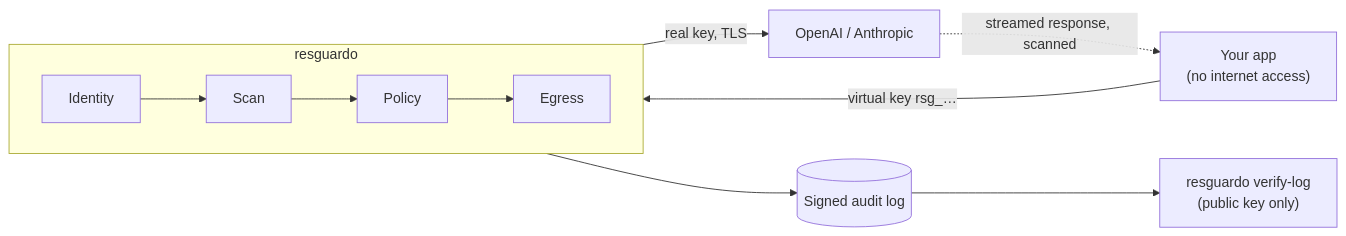
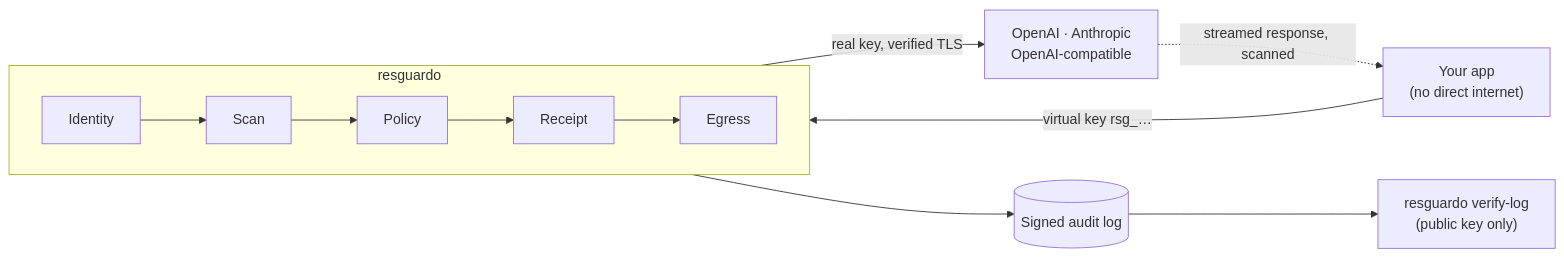
The diagram in README.md (christianivanov/resguardo), drawn with Mermaid before and after one commit. The commit also changed other lines of this file, not shown here.

Commit message:
docs: restructure README with flow, security model and progress

````diff
--- a/README.md
+++ b/README.md
@@ -24,12 +46,12 @@
 ```mermaid
 flowchart LR
-    App["Your app<br/>(no internet access)"] -- "virtual key rsg_…" --> R
+    App["Your app<br/>(no direct internet)"] -- "virtual key rsg_…" --> R
     subgraph R["resguardo"]
         direction LR
-        I[Identity] --> S[Scan] --> P[Policy] --> E[Egress]
+        I[Identity] --> S[Scan] --> P[Policy] --> A[Receipt] --> E[Egress]
     end
-    E -- "real key, TLS" --> M["OpenAI / Anthropic"]
+    E -- "real key, verified TLS" --> M["OpenAI · Anthropic<br/>OpenAI-compatible"]
     M -. "streamed response, scanned" .-> App
-    P --> L[("Signed audit log")]
+    A --> L[("Signed audit log")]
     L --> V["resguardo verify-log<br/>(public key only)"]
 ```
````
